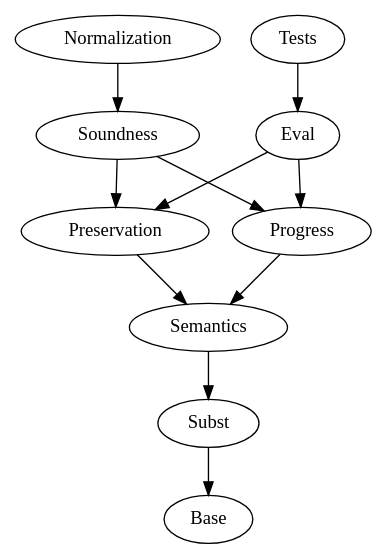
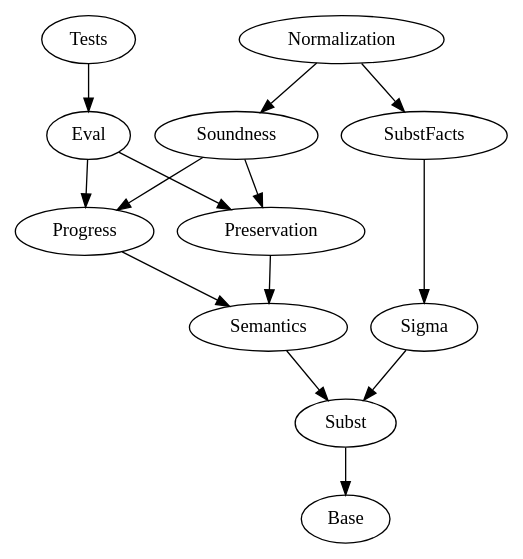
One commit to tmoux/solid-happiness changed the diagram in small.dot. Above: the diagram before and after it, drawn with Graphviz. The commit also changed 5 other files, not shown here.

```diff
--- a/small.dot
+++ b/small.dot
@@ -1,23 +1,28 @@
 digraph dependencies {
     subgraph {
     }
     m2 [label=Subst];
-    m7 [label=Preservation];
-    m17 [label=Semantics];
-    m55 [label=Soundness];
-    m56 [label=Progress];
-    m67 [label=Tests];
-    m83 [label=Base];
-    m94 [label=Normalization];
-    m107 [label=Eval];
-    m2 -> m83;
-    m7 -> m17;
-    m17 -> m2;
-    m55 -> m7;
-    m55 -> m56;
-    m56 -> m17;
-    m67 -> m107;
-    m94 -> m55;
-    m107 -> m7;
-    m107 -> m56;
+    m6 [label=SubstFacts];
+    m8 [label=Preservation];
+    m18 [label=Semantics];
+    m56 [label=Soundness];
+    m57 [label=Progress];
+    m68 [label=Tests];
+    m84 [label=Base];
+    m95 [label=Normalization];
+    m108 [label=Eval];
+    m114 [label=Sigma];
+    m2 -> m84;
+    m6 -> m114;
+    m8 -> m18;
+    m18 -> m2;
+    m56 -> m8;
+    m56 -> m57;
+    m57 -> m18;
+    m68 -> m108;
+    m95 -> m6;
+    m95 -> m56;
+    m108 -> m8;
+    m108 -> m57;
+    m114 -> m2;
 }
```
